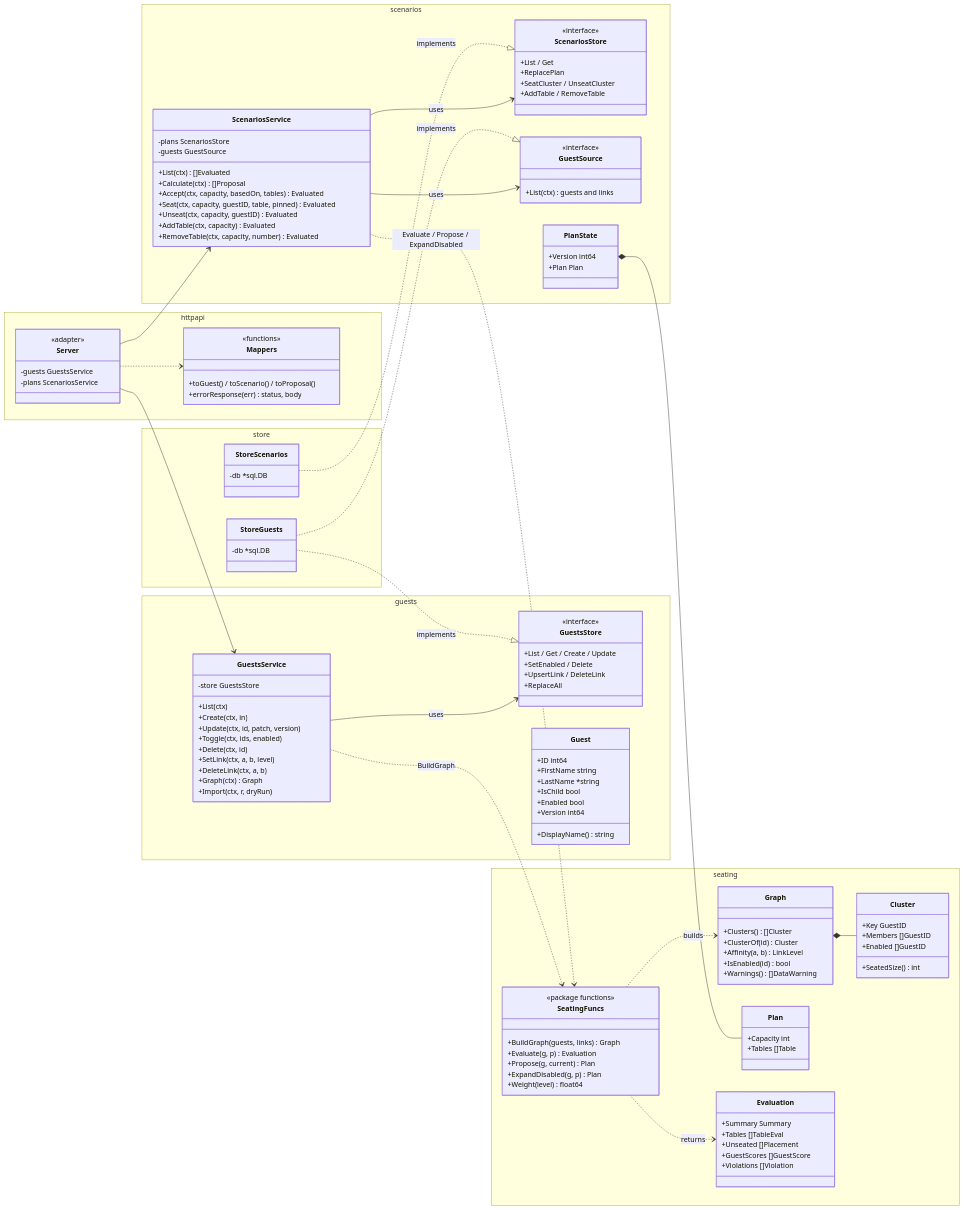
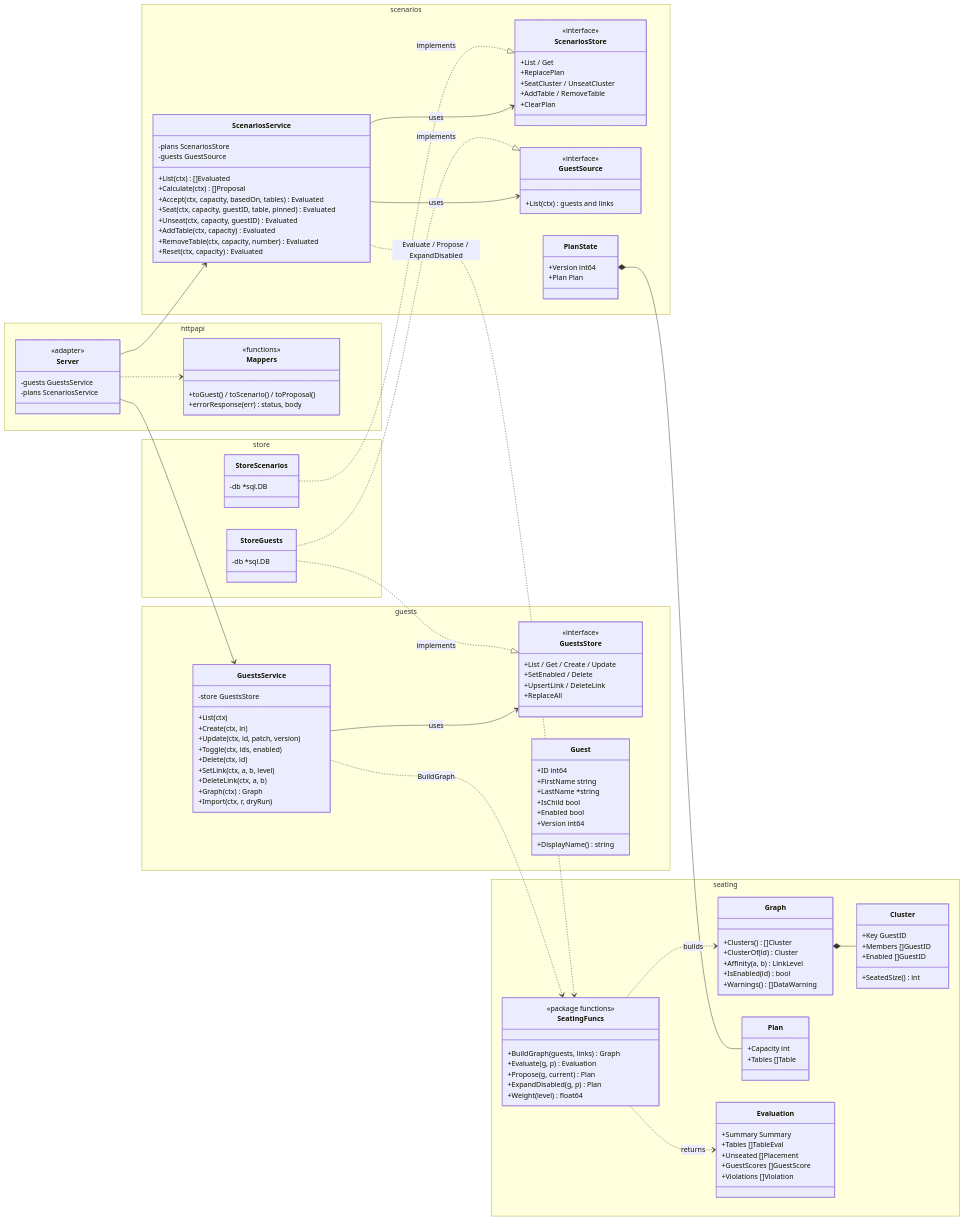
Before and after one commit to emicon123/wedding-seating-planner: the second of 2 diagrams in docs/architecture/diagrams/003-backend-design.md, drawn with Mermaid. The commit also changed other lines of this file and 24 other files, not shown here.

First line of the commit message:
feat: add resetPlan (delete a plan) and expose the app on the home LAN

```diff
--- a/docs/architecture/diagrams/003-backend-design.md
+++ b/docs/architecture/diagrams/003-backend-design.md
@@ -286,6 +288,7 @@
             +Unseat(ctx, capacity, guestID) Evaluated
             +AddTable(ctx, capacity) Evaluated
             +RemoveTable(ctx, capacity, number) Evaluated
+            +Reset(ctx, capacity) Evaluated
         }
         class ScenariosStore {
             <<interface>>
@@ -293,6 +296,7 @@
             +ReplacePlan
             +SeatCluster / UnseatCluster
             +AddTable / RemoveTable
+            +ClearPlan
         }
         class GuestSource {
             <<interface>>
```
